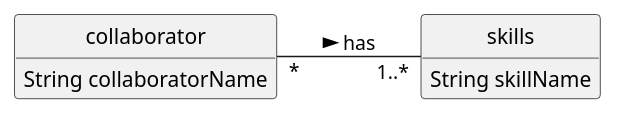
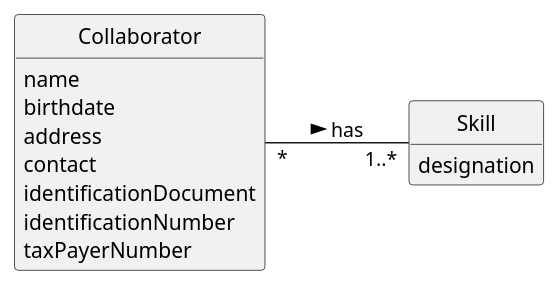
The diagram in docs/sprintA/us004/02.analysis/puml/us004-domain-model.puml (ricardomm7/leaflink), drawn with PlantUML before and after one commit. The commit also changed 4 other files, not shown here.

```diff
--- a/docs/sprintA/us004/02.analysis/puml/us004-domain-model.puml
+++ b/docs/sprintA/us004/02.analysis/puml/us004-domain-model.puml
@@ -1,21 +1,27 @@
 @startuml
 skinparam monochrome true
 skinparam packageStyle rectangle
 skinparam shadowing false
 
 skinparam classAttributeIconSize 0
 left to right direction
 
 hide circle
 hide methods
 
-class skills {
-    String skillName
+class Skill {
+    designation
 }
 
-class collaborator {
-    String collaboratorName
+class Collaborator {
+    name
+    birthdate
+    address
+    contact
+    identificationDocument
+    identificationNumber
+    taxPayerNumber
 }
 
-collaborator "*" -- "1..*" skills : has >
+Collaborator "*" -- "1..*" Skill : has >
 @enduml
```
